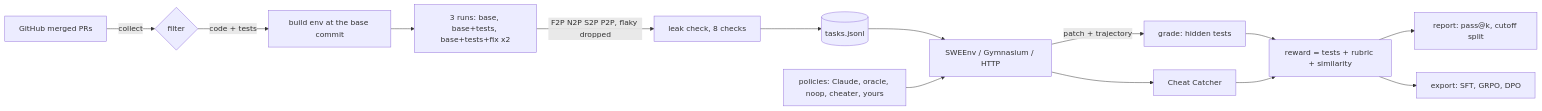
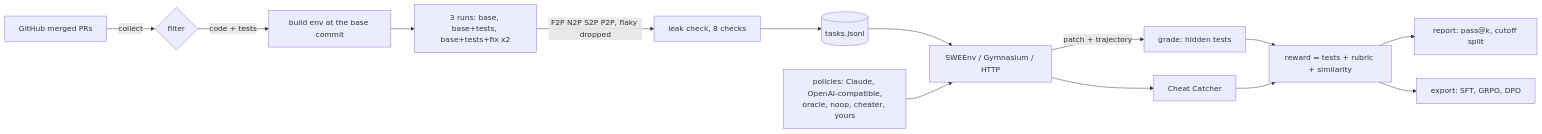
Before and after one commit to abhishekcpp007/gauntlet-harness: the diagram in README.md, drawn with Mermaid. The commit also changed other lines of this file and 3 other files, not shown here.

First line of the commit message:
Judge any OpenAI-compatible model, not just Claude

````diff
--- a/README.md
+++ b/README.md
@@ -130,16 +130,16 @@
 ```mermaid
 flowchart LR
     GH[GitHub merged PRs] -->|collect| F{filter}
     F -->|code + tests| B[build env at the base commit]
     B --> R3[3 runs: base, base+tests, base+tests+fix x2]
     R3 -->|F2P N2P S2P P2P, flaky dropped| L[leak check, 8 checks]
     L --> T[(tasks.jsonl)]
     T --> E[SWEEnv / Gymnasium / HTTP]
-    P[policies: Claude, oracle, noop, cheater, yours] --> E
+    P[policies: Claude, OpenAI-compatible,<br/>oracle, noop, cheater, yours] --> E
     E -->|patch + trajectory| G[grade: hidden tests]
     E --> C[Cheat Catcher]
     G --> RW[reward = tests + rubric + similarity]
     C --> RW
     RW --> REP[report: pass@k, cutoff split]
     RW --> X[export: SFT, GRPO, DPO]
 ```
````
